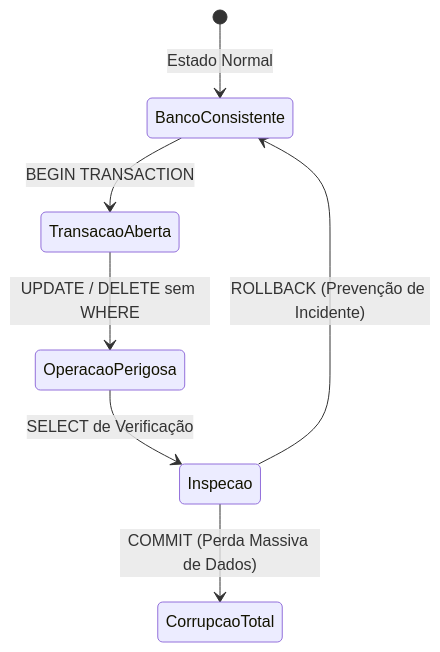
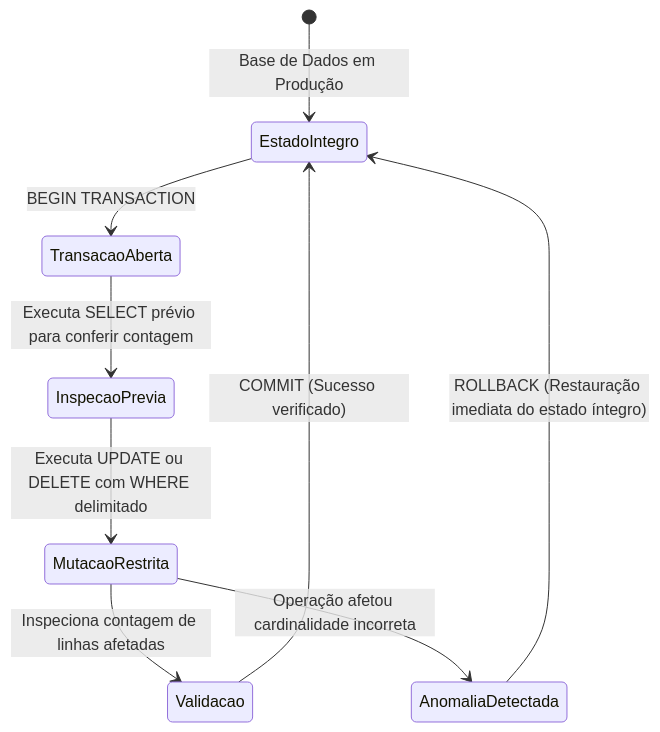
One commit to murilolol/unifef changed the eighth of 14 diagrams in 3º Semestre/[Prof. Guilherme de Morais] Banco de Dados II/Resumos-IA/Caderno-Consolidado.md. Above: the diagram before and after it, drawn with Mermaid. The commit also changed other lines of this file and 40 other files, not shown here.

````diff
--- a/3º Semestre/[Prof. Guilherme de Morais] Banco de Dados II/Resumos-IA/Caderno-Consolidado.md
+++ b/3º Semestre/[Prof. Guilherme de Morais] Banco de Dados II/Resumos-IA/Caderno-Consolidado.md
@@ -469,9 +481,11 @@
 ```mermaid
 stateDiagram-v2
-    [*] --> BancoConsistente: Estado Normal
-    BancoConsistente --> TransacaoAberta: BEGIN TRANSACTION
-    TransacaoAberta --> OperacaoPerigosa: UPDATE / DELETE sem WHERE
-    OperacaoPerigosa --> Inspecao: SELECT de Verificação
-    Inspecao --> BancoConsistente: ROLLBACK (Prevenção de Incidente)
-    Inspecao --> CorrupcaoTotal: COMMIT (Perda Massiva de Dados)
+  [*] --> EstadoIntegro: Base de Dados em Produção
+  EstadoIntegro --> TransacaoAberta: BEGIN TRANSACTION
+  TransacaoAberta --> InspecaoPrevia: Executa SELECT prévio para conferir contagem
+  InspecaoPrevia --> MutacaoRestrita: Executa UPDATE ou DELETE com WHERE delimitado
+  MutacaoRestrita --> Validacao: Inspeciona contagem de linhas afetadas
+  Validacao --> EstadoIntegro: COMMIT (Sucesso verificado)
+  MutacaoRestrita --> AnomaliaDetectada: Operação afetou cardinalidade incorreta
+  AnomaliaDetectada --> EstadoIntegro: ROLLBACK (Restauração imediata do estado íntegro)
 ```
````
